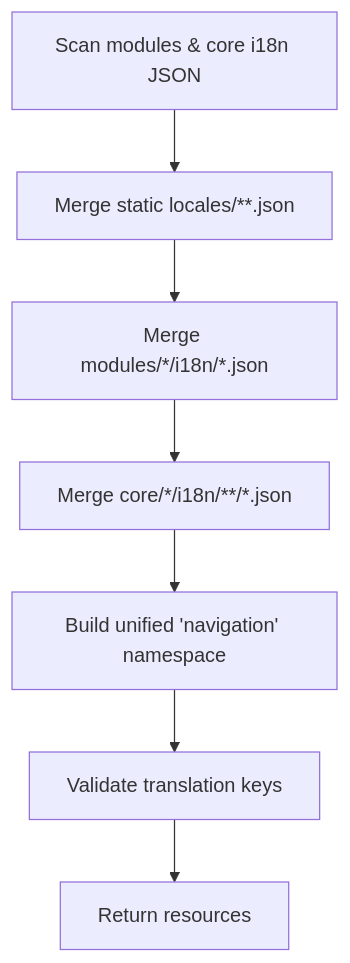
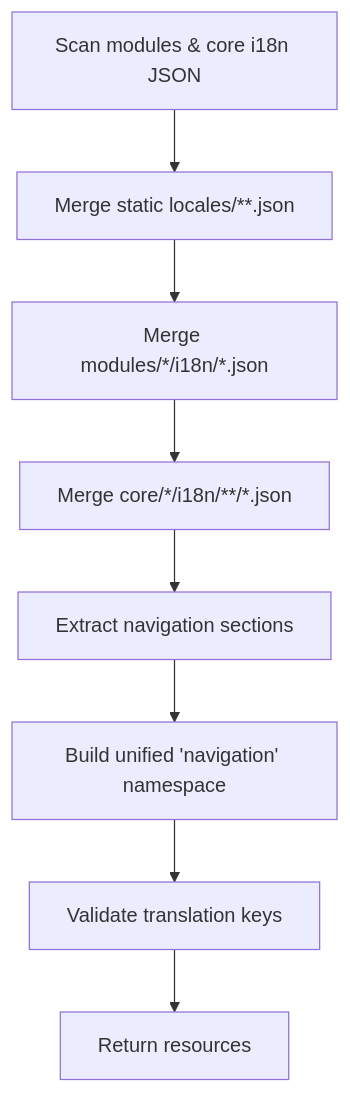
Before and after one commit to geniusdynamics/schoolpilot: the fourth of 9 diagrams in .qoder/repowiki/en/content/Internationalization.md, drawn with Mermaid. The commit also changed other lines of this file and 311 other files, not shown here.

````diff
--- a/.qoder/repowiki/en/content/Internationalization.md
+++ b/.qoder/repowiki/en/content/Internationalization.md
@@ -210,9 +210,10 @@
 ```mermaid
 flowchart TD
 Scan["Scan modules & core i18n JSON"] --> MergeStatic["Merge static locales/**.json"]
 MergeStatic --> MergeModules["Merge modules/*/i18n/*.json"]
 MergeModules --> MergeCore["Merge core/*/i18n/**/*.json"]
-MergeCore --> BuildNav["Build unified 'navigation' namespace"]
+MergeCore --> ExtractNav["Extract navigation sections"]
+ExtractNav --> BuildNav["Build unified 'navigation' namespace"]
 BuildNav --> ValidateKeys["Validate translation keys"]
 ValidateKeys --> ReturnRes["Return resources"]
 ```
````
